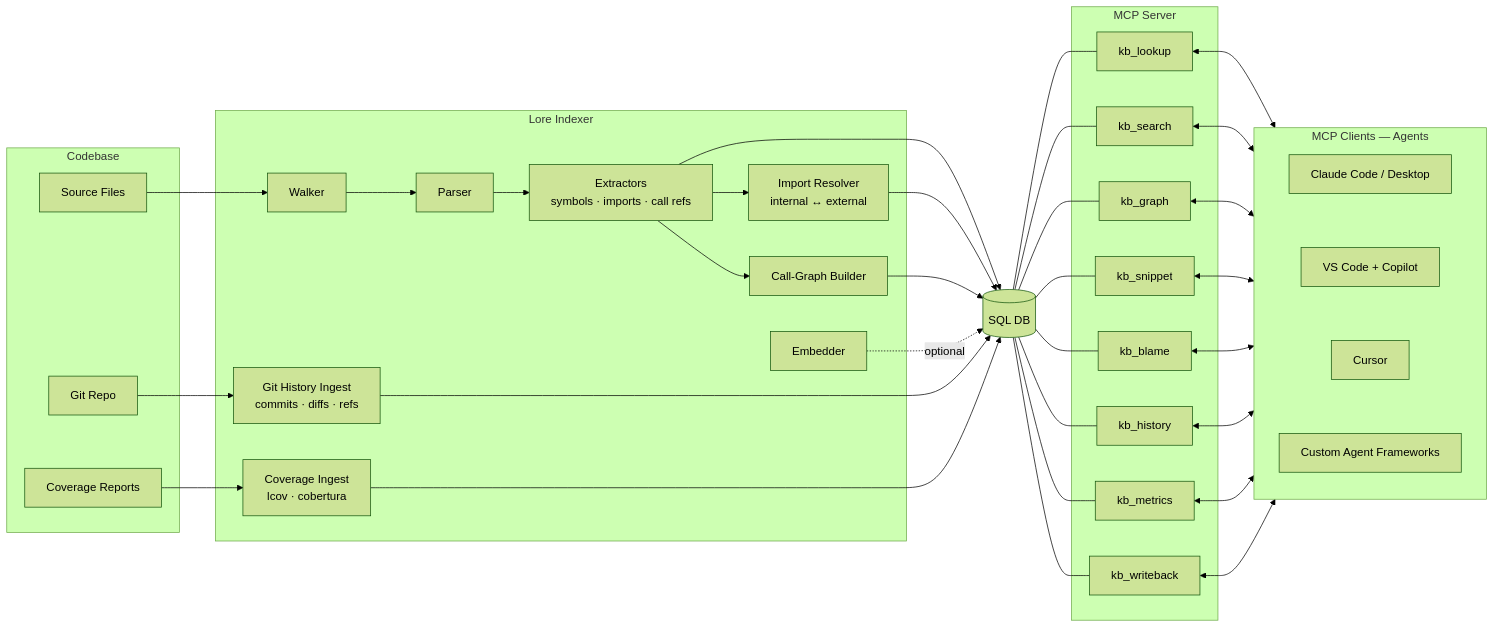
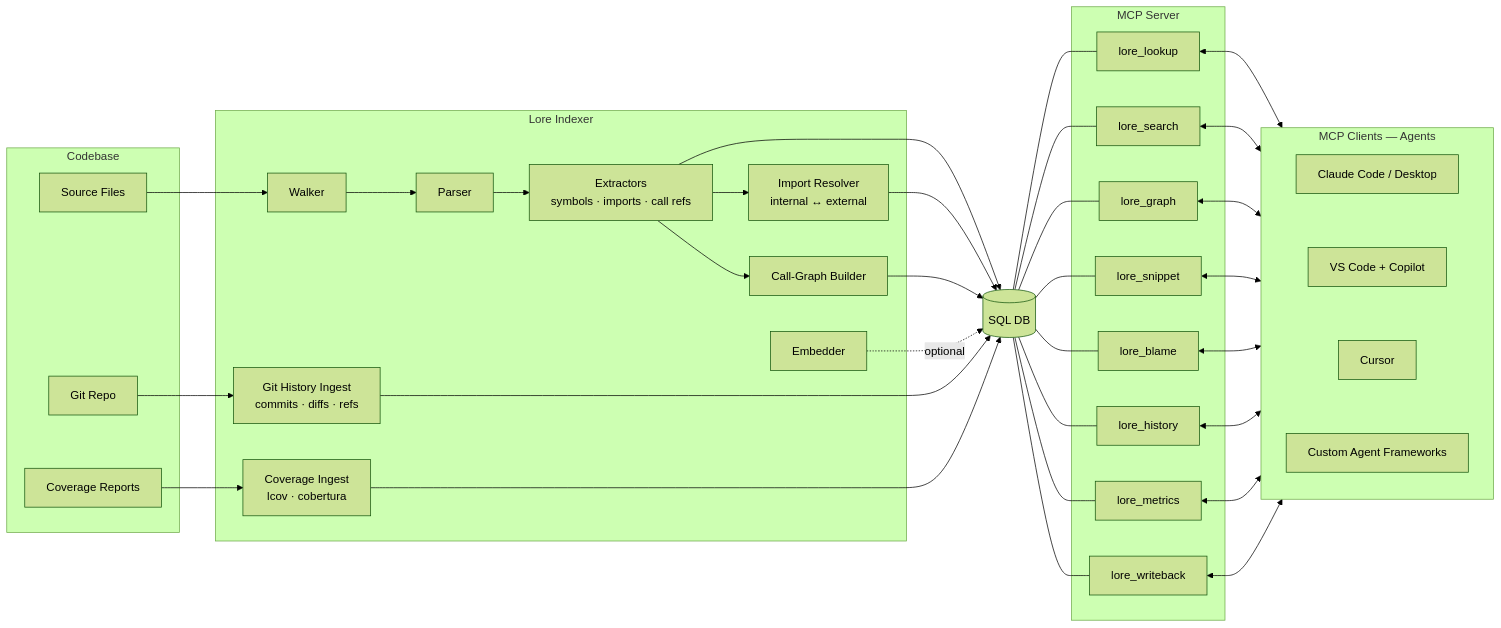
One commit to jafreck/Lore changed the diagram in README.md. Above: the diagram before and after it, drawn with Mermaid (forest theme). The commit also changed other lines of this file and 24 other files, not shown here.

````diff
--- a/README.md
+++ b/README.md
@@ -24,51 +24,51 @@
 ```mermaid
 flowchart LR
     subgraph Codebase
         SRC[Source Files]
         GIT[Git Repo]
         COV[Coverage Reports]
     end
 
     subgraph Lore Indexer
         WALK[Walker]
         PARSE[Parser]
         EXTRACT[Extractors<br/>symbols · imports · call refs]
         RESOLVE[Import Resolver<br/>internal ↔ external]
         CALLGRAPH[Call-Graph Builder]
         EMBED[Embedder]
         GITHIST[Git History Ingest<br/>commits · diffs · refs]
         COVINGEST[Coverage Ingest<br/>lcov · cobertura]
     end
 
     DB[(SQL DB)]
 
     subgraph MCP Server
-        LOOKUP[kb_lookup]
-        SEARCH[kb_search]
-        GRAPH[kb_graph]
-        SNIPPET[kb_snippet]
-        BLAME[kb_blame]
-        HISTORY[kb_history]
-        METRICS[kb_metrics]
-        WRITEBACK[kb_writeback]
+        LOOKUP[lore_lookup]
+        SEARCH[lore_search]
+        GRAPH[lore_graph]
+        SNIPPET[lore_snippet]
+        BLAME[lore_blame]
+        HISTORY[lore_history]
+        METRICS[lore_metrics]
+        WRITEBACK[lore_writeback]
     end
 
     subgraph MCP_CLIENTS[MCP Clients — Agents]
         CLAUDE_CODE[Claude Code / Desktop]
         COPILOT[VS Code + Copilot]
         CURSOR[Cursor]
         CUSTOM[Custom Agent Frameworks]
         CLAUDE_CODE ~~~ COPILOT ~~~ CURSOR ~~~ CUSTOM
     end
 
     SRC --> WALK --> PARSE --> EXTRACT
     EXTRACT --> RESOLVE & CALLGRAPH
     EXTRACT & RESOLVE & CALLGRAPH --> DB
     EMBED -.->|optional| DB
     GIT --> GITHIST --> DB
     COV --> COVINGEST --> DB
 
     DB --- LOOKUP & SEARCH & GRAPH & SNIPPET & BLAME & HISTORY & METRICS & WRITEBACK
 
     LOOKUP & SEARCH & GRAPH & SNIPPET & BLAME & HISTORY & METRICS & WRITEBACK <--> MCP_CLIENTS
 ```
````
